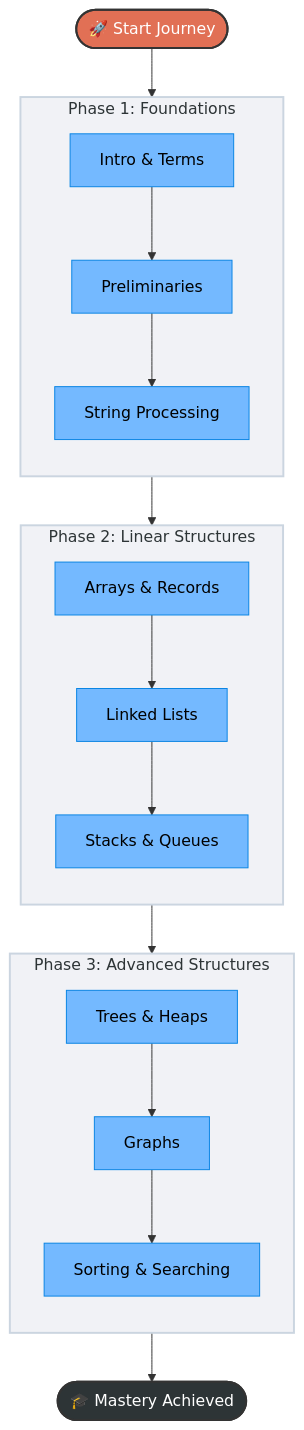
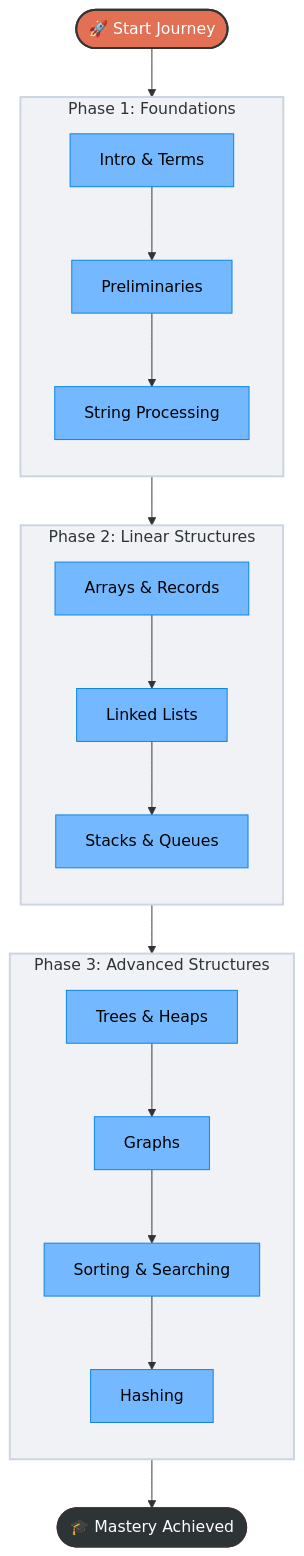
The first of 2 diagrams in README.md (M-F-Tushar/CSE-2101-Data-Structure), drawn with Mermaid before and after one commit. The commit also changed other lines of this file, not shown here.

````diff
--- a/README.md
+++ b/README.md
@@ -27,39 +27,39 @@
 ```mermaid
 graph TB
     %% Styles
     classDef phase fill:#f1f2f6,stroke:#cbd5e0,stroke-width:2px,color:#2d3436
     classDef start fill:#e17055,stroke:#333,stroke-width:2px,color:white
     classDef endNode fill:#2d3436,stroke:#333,stroke-width:2px,color:white
     classDef topic fill:#74b9ff,stroke:#0984e3,stroke-width:1px,color:black
 
     Start([🚀 Start Journey]):::start
     
     subgraph P1 [Phase 1: Foundations]
         direction TB
         C1[Intro & Terms]:::topic --> C2[Preliminaries]:::topic
         C2 --> C3[String Processing]:::topic
     end
     
     subgraph P2 [Phase 2: Linear Structures]
         direction TB
         C4[Arrays & Records]:::topic --> C5[Linked Lists]:::topic
         C5 --> C6[Stacks & Queues]:::topic
     end
     
     subgraph P3 [Phase 3: Advanced Structures]
         direction TB
         C7[Trees & Heaps]:::topic --> C8[Graphs]:::topic
-        C8 --> C9[Sorting & Searching]:::topic
+        C8 --> C9[Sorting & Searching]:::topic --> C10[Hashing]:::topic
     end
     
     End([🎓 Mastery Achieved]):::endNode
 
     %% Flow
     Start --> P1
     P1 --> P2
     P2 --> P3
     P3 --> End
     
     %% Style Subgraphs
     class P1,P2,P3 phase
 ```
````
